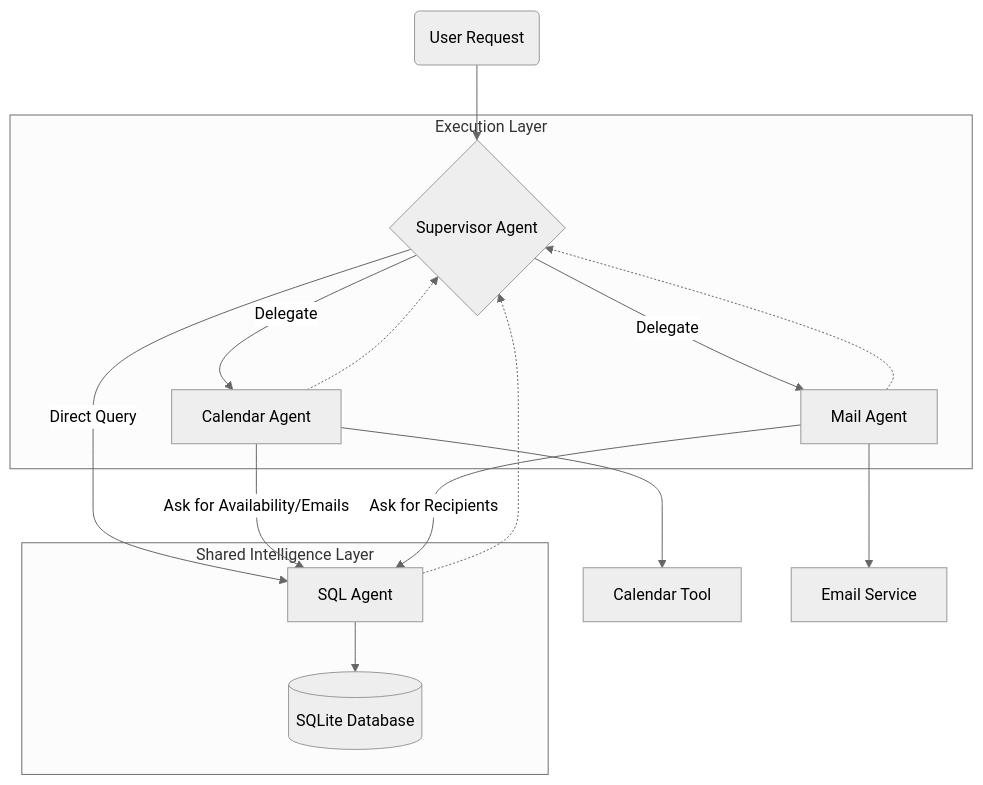
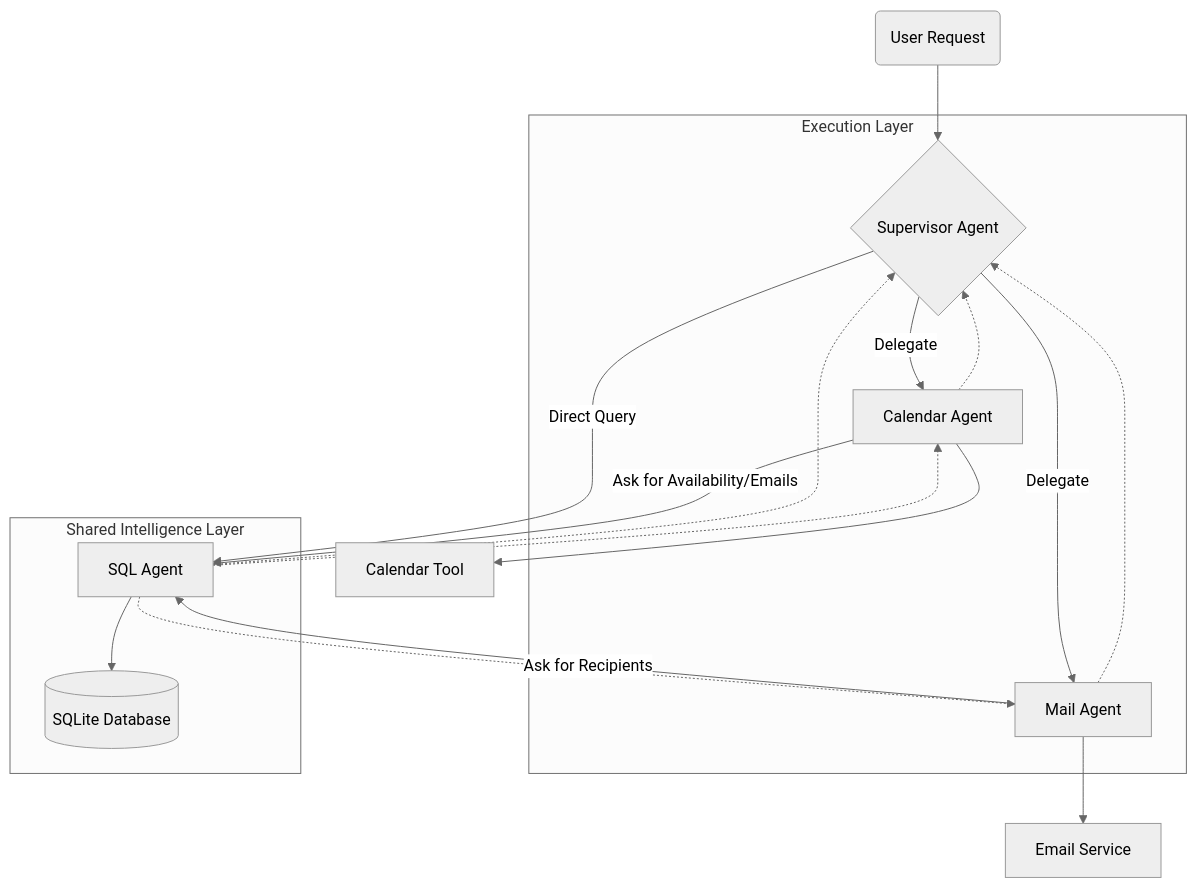
The diagram in README.md (danielecelsa/mail-calendar-assistant), drawn with Mermaid (neutral theme) before and after one commit.

Commit message:
Readme graph

````diff
--- a/README.md
+++ b/README.md
@@ -45,31 +45,33 @@
 ```mermaid
 graph TD
     User(User Request) --> Supervisor{Supervisor Agent}
     
     subgraph "Execution Layer"
         Supervisor -- "Delegate" --> Cal[Calendar Agent]
         Supervisor -- "Delegate" --> Mail[Mail Agent]
     end
     
     subgraph "Shared Intelligence Layer"
         SQL[SQL Agent]
         DB[(SQLite Database)]
         SQL --> DB
     end
     
     %% The Supervisor can call SQL directly
     Supervisor -- "Direct Query" --> SQL
     
     %% The CRITICAL part: Workers calling the SQL Agent
     Cal -- "Ask for Availability/Emails" --> SQL
     Mail -- "Ask for Recipients" --> SQL
     
     %% Tools
     Cal --> GCal[Calendar Tool]
     Mail --> SMTP[Email Service]
     
     %% Returns
     Cal -.-> Supervisor
     Mail -.-> Supervisor
     SQL -.-> Supervisor
+    SQL -.-> Cal
+    SQL -.-> Mail
 ```
````
